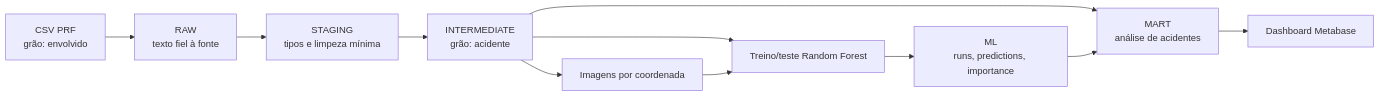
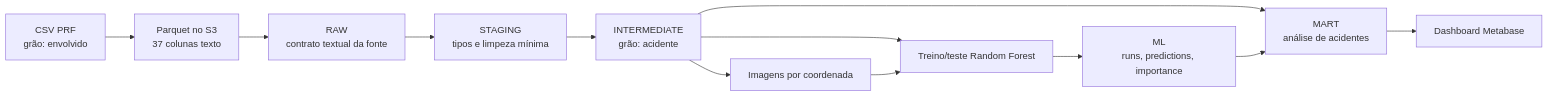
Before and after one commit to JPmarqs/ProjetoFinalIntegrado: the second of 3 diagrams in docs/06_arquitetura.md, drawn with Mermaid. The commit also changed other lines of this file and 14 other files, not shown here.

````diff
--- a/docs/06_arquitetura.md
+++ b/docs/06_arquitetura.md
@@ -30,13 +30,14 @@
 ```mermaid
 flowchart LR
-    CSV["CSV PRF<br/>grão: envolvido"] --> RAW["RAW<br/>texto fiel à fonte"]
+    CSV["CSV PRF<br/>grão: envolvido"] --> PQ["Parquet no S3<br/>37 colunas texto"]
+    PQ --> RAW["RAW<br/>contrato textual da fonte"]
     RAW --> STG["STAGING<br/>tipos e limpeza mínima"]
     STG --> INT["INTERMEDIATE<br/>grão: acidente"]
     INT --> IMG["Imagens por coordenada"]
     INT --> TRAIN["Treino/teste Random Forest"]
     IMG --> TRAIN
     TRAIN --> OUT["ML<br/>runs, predictions, importance"]
     INT --> MART["MART<br/>análise de acidentes"]
     OUT --> MART
     MART --> DASH["Dashboard Metabase"]
 ```
````
